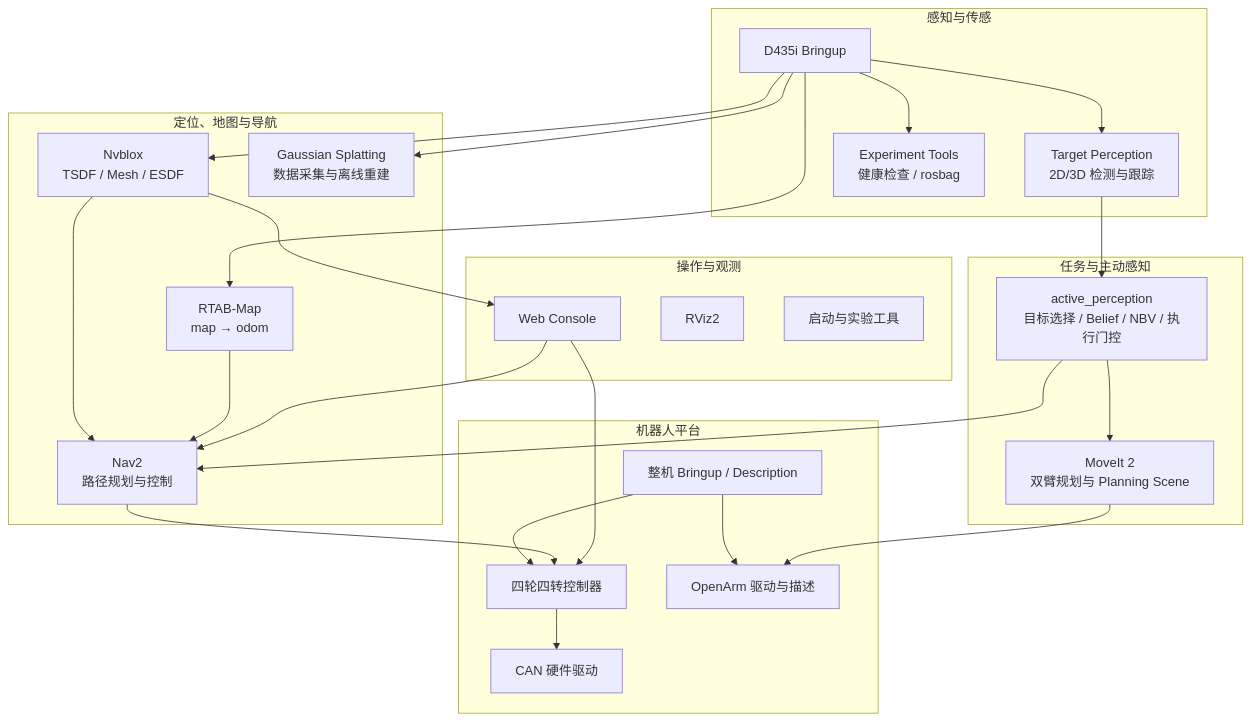
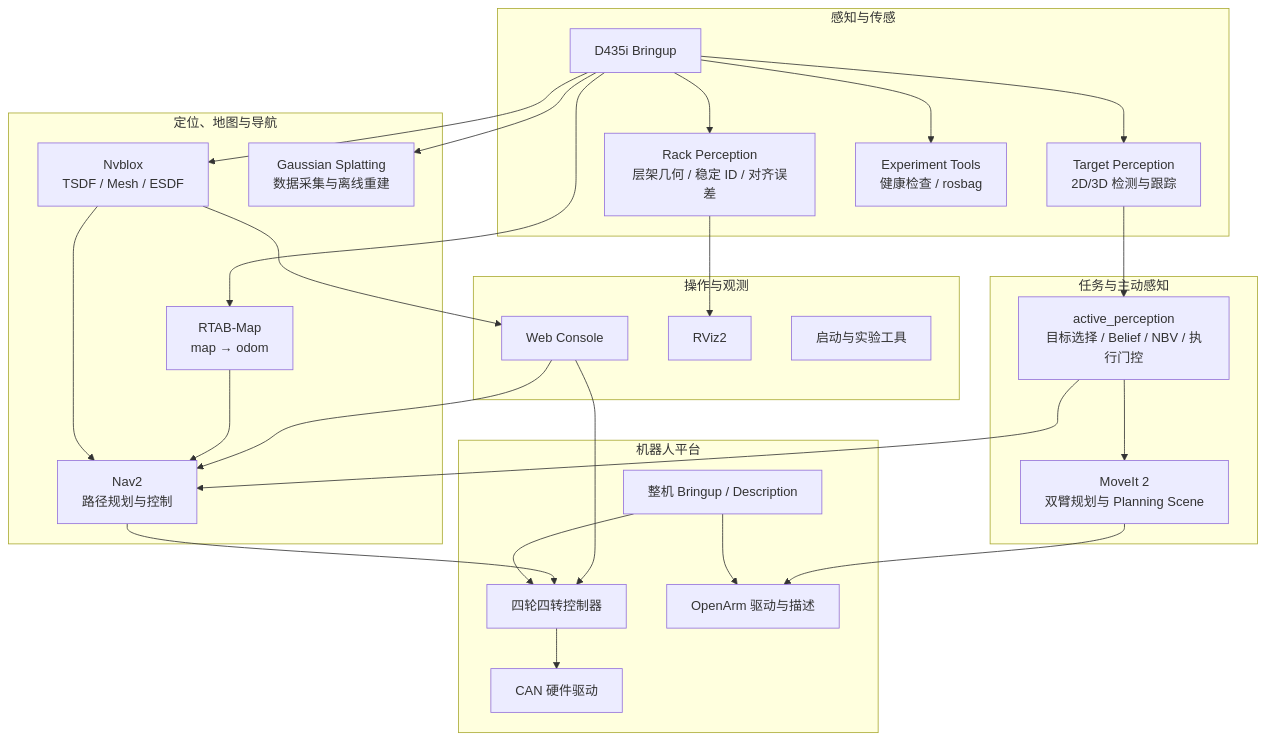
One commit to micondy/AAA changed the third of 4 diagrams in robot_research_ws/docs/architecture/README.md. Above: the diagram before and after it, drawn with Mermaid. The commit also changed other lines of this file and 189 other files, not shown here.

Commit message:
Add rack perception workflow and project handoff updates

````diff
--- a/robot_research_ws/docs/architecture/README.md
+++ b/robot_research_ws/docs/architecture/README.md
@@ -65,52 +66,55 @@
 ```mermaid
 flowchart TB
     subgraph UI[操作与观测]
       Web[Web Console]
       RViz[RViz2]
       CLI[启动与实验工具]
     end
 
     subgraph Task[任务与主动感知]
       AP[active_perception<br/>目标选择 / Belief / NBV / 执行门控]
       MoveIt[MoveIt 2<br/>双臂规划与 Planning Scene]
     end
 
     subgraph World[定位、地图与导航]
       RTAB[RTAB-Map<br/>map → odom]
       Nav2[Nav2<br/>路径规划与控制]
       Nvblox[Nvblox<br/>TSDF / Mesh / ESDF]
       GS[Gaussian Splatting<br/>数据采集与离线重建]
     end
 
     subgraph Perception[感知与传感]
       Camera[D435i Bringup]
       Target[Target Perception<br/>2D/3D 检测与跟踪]
+      Rack[Rack Perception<br/>层架几何 / 稳定 ID / 对齐误差]
       Exp[Experiment Tools<br/>健康检查 / rosbag]
     end
 
     subgraph Platform[机器人平台]
       Bringup[整机 Bringup / Description]
       BaseCtl[四轮四转控制器]
       HW[CAN 硬件驱动]
       Arms[OpenArm 驱动与描述]
     end
 
     Web --> Nav2
     Web --> BaseCtl
     Nvblox --> Web
     AP --> Nav2
     AP --> MoveIt
     Target --> AP
     RTAB --> Nav2
     Nvblox --> Nav2
     Camera --> Target
+    Camera --> Rack
+    Rack --> RViz
     Camera --> RTAB
     Camera --> Nvblox
     Camera --> GS
     Camera --> Exp
     Nav2 --> BaseCtl
     MoveIt --> Arms
     Bringup --> BaseCtl
     Bringup --> Arms
     BaseCtl --> HW
 ```
````
